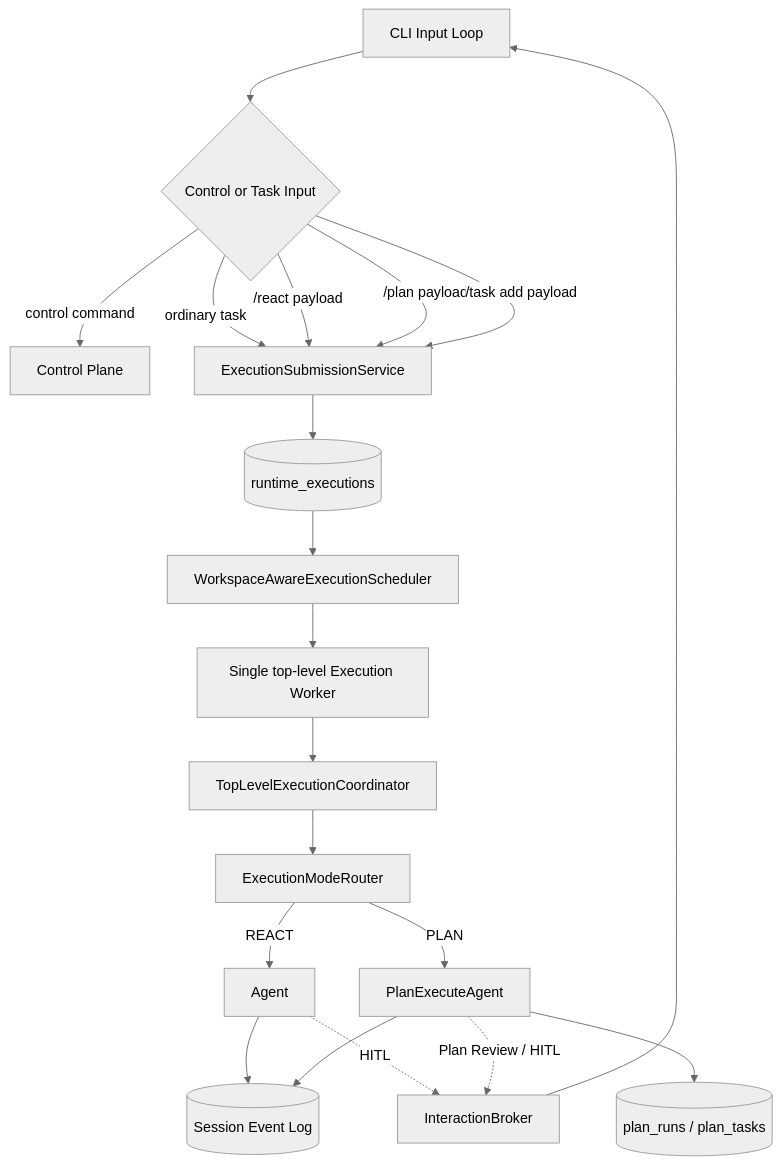
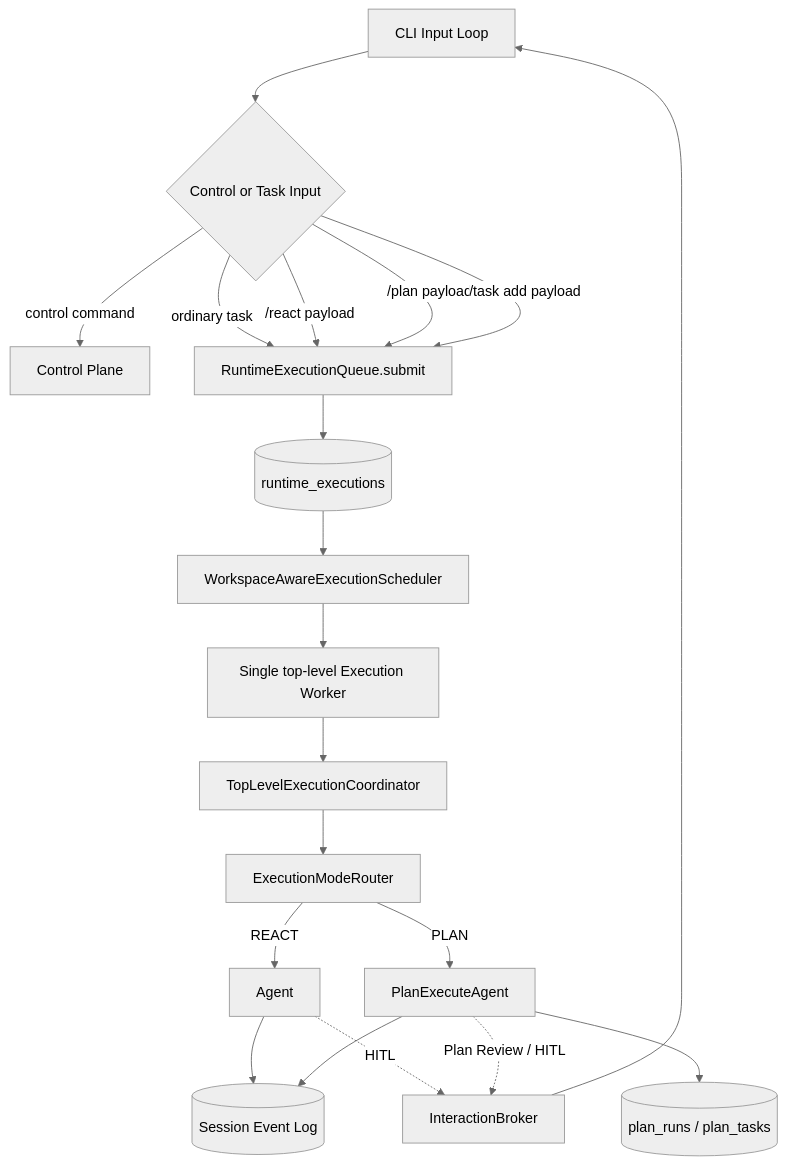
Before and after one commit to zgjdev/Code-Agent: the second of 4 diagrams in docs/dev/31-unified-background-execution-runtime.md, drawn with Mermaid (neutral theme). The commit also changed other lines of this file and 23 other files, not shown here.

```diff
--- a/docs/dev/31-unified-background-execution-runtime.md
+++ b/docs/dev/31-unified-background-execution-runtime.md
@@ -241,29 +241,29 @@
 ~~~mermaid
 flowchart TB
     I[CLI Input Loop] --> D{Control or Task Input}
 
     D -->|control command| CTRL[Control Plane]
-    D -->|ordinary task| SUB[ExecutionSubmissionService]
+    D -->|ordinary task| SUB[RuntimeExecutionQueue.submit]
     D -->|/react payload| SUB
     D -->|/plan payload| SUB
     D -->|/task add payload| SUB
 
     SUB --> DB[(runtime_executions)]
     DB --> SCH[WorkspaceAwareExecutionScheduler]
 
     SCH --> W[Single top-level Execution Worker]
 
     W --> C[TopLevelExecutionCoordinator]
 
     C --> R[ExecutionModeRouter]
     R -->|REACT| A[Agent]
     R -->|PLAN| P[PlanExecuteAgent]
 
     A --> S[(Session Event Log)]
     P --> S
     P --> PS[(plan_runs / plan_tasks)]
 
     A -.HITL.-> IB[InteractionBroker]
     P -.Plan Review / HITL.-> IB
     IB --> I
 ~~~
```
